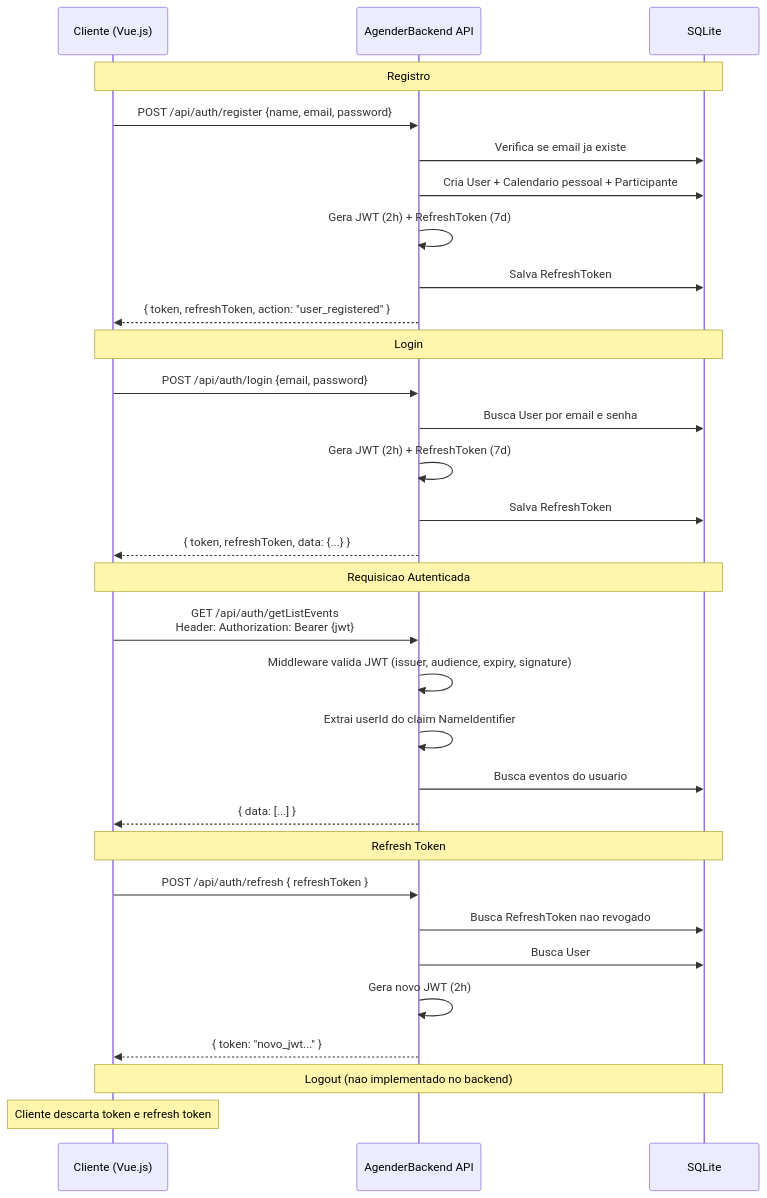
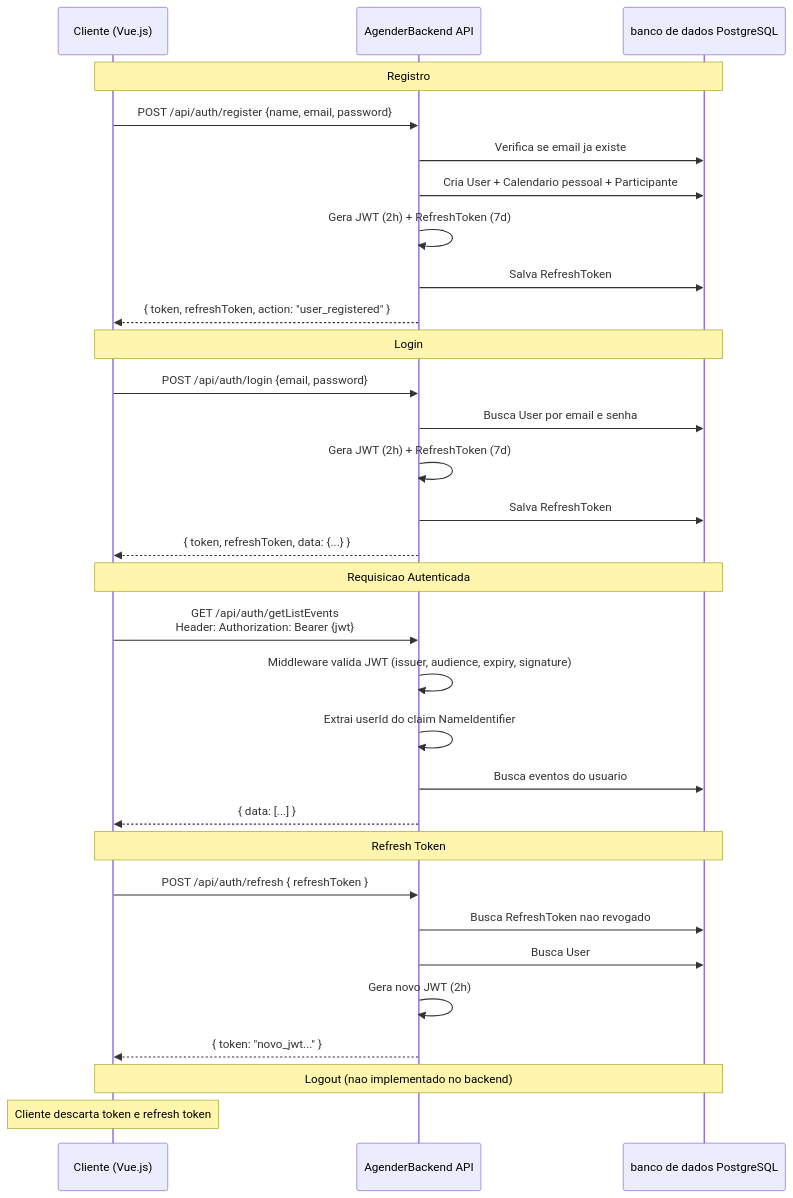
Before and after one commit to FelipeStafoge/Agender-Back: the diagram in docs/10-authentication.md, drawn with Mermaid. The commit also changed 35 other files, not shown here.

````diff
--- a/docs/10-authentication.md
+++ b/docs/10-authentication.md
@@ -245,38 +245,38 @@
 ```mermaid
 sequenceDiagram
     participant Client as Cliente (Vue.js)
     participant API as AgenderBackend API
-    participant DB as SQLite
+    participant DB as banco de dados PostgreSQL
 
     Note over Client,DB: Registro
     Client->>API: POST /api/auth/register {name, email, password}
     API->>DB: Verifica se email ja existe
     API->>DB: Cria User + Calendario pessoal + Participante
     API->>API: Gera JWT (2h) + RefreshToken (7d)
     API->>DB: Salva RefreshToken
     API-->>Client: { token, refreshToken, action: "user_registered" }
 
     Note over Client,DB: Login
     Client->>API: POST /api/auth/login {email, password}
     API->>DB: Busca User por email e senha
     API->>API: Gera JWT (2h) + RefreshToken (7d)
     API->>DB: Salva RefreshToken
     API-->>Client: { token, refreshToken, data: {...} }
 
     Note over Client,DB: Requisicao Autenticada
     Client->>API: GET /api/auth/getListEvents<br/>Header: Authorization: Bearer {jwt}
     API->>API: Middleware valida JWT (issuer, audience, expiry, signature)
     API->>API: Extrai userId do claim NameIdentifier
     API->>DB: Busca eventos do usuario
     API-->>Client: { data: [...] }
 
     Note over Client,DB: Refresh Token
     Client->>API: POST /api/auth/refresh { refreshToken }
     API->>DB: Busca RefreshToken nao revogado
     API->>DB: Busca User
     API->>API: Gera novo JWT (2h)
     API-->>Client: { token: "novo_jwt..." }
 
     Note over Client,DB: Logout (nao implementado no backend)
     Note over Client: Cliente descarta token e refresh token
 ```
````
